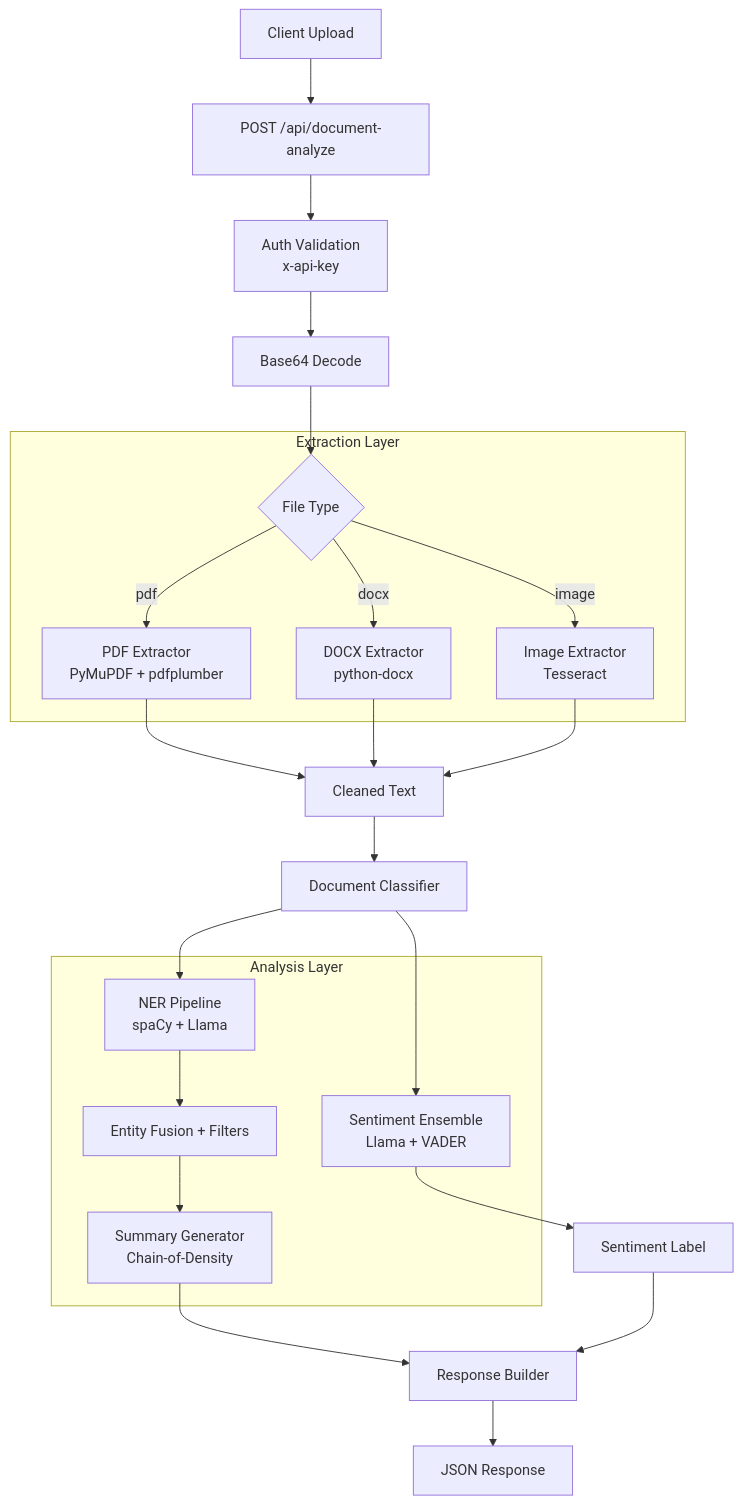
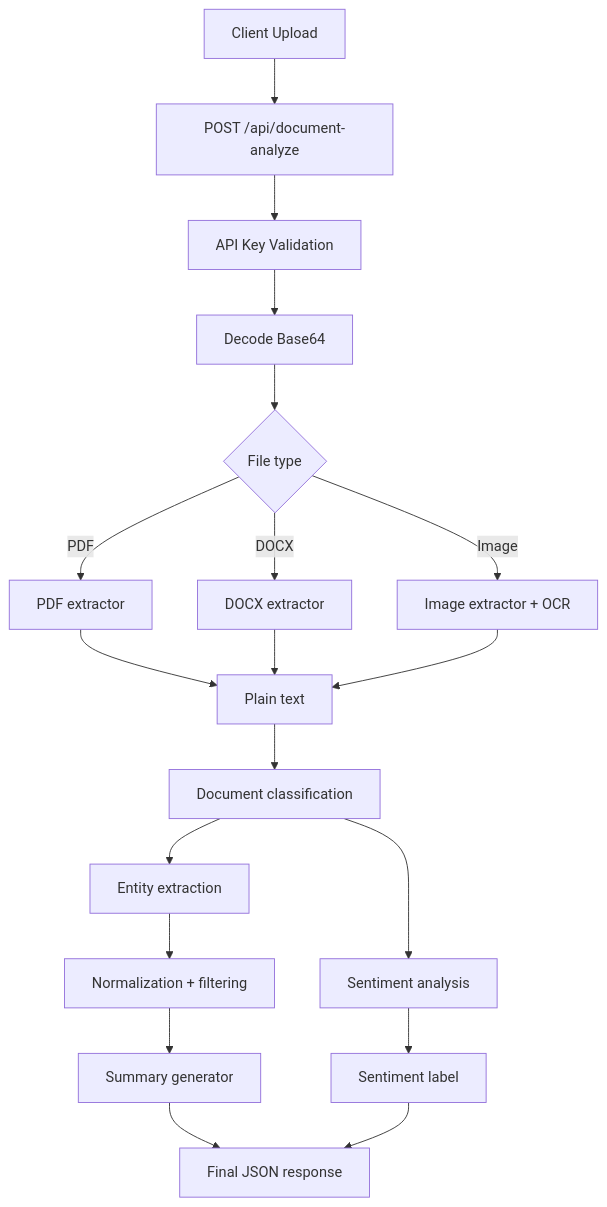
One commit to Akshat1345/document-analyzer changed the diagram in README.md. Above: the diagram before and after it, drawn with Mermaid. The commit also changed other lines of this file and 5 other files, not shown here.

Commit message:
feat: generic document extraction and polished README

````diff
--- a/README.md
+++ b/README.md
@@ -72,40 +50,21 @@
 ```mermaid
 flowchart TD
   A[Client Upload] --> B[POST /api/document-analyze]
-  B --> C[Auth Validation<br/>x-api-key]
-  C --> D[Base64 Decode]
-
-  subgraph X[Extraction Layer]
-    E{File Type}
-    F[PDF Extractor<br/>PyMuPDF + pdfplumber]
-    G[DOCX Extractor<br/>python-docx]
-    H[Image Extractor<br/>Tesseract]
-    E -->|pdf| F
-    E -->|docx| G
-    E -->|image| H
-  end
-
-  D --> E
-  F --> I[Cleaned Text]
+  B --> C[API Key Validation]
+  C --> D[Decode Base64]
+  D --> E{File type}
+  E -->|PDF| F[PDF extractor]
+  E -->|DOCX| G[DOCX extractor]
+  E -->|Image| H[Image extractor + OCR]
+  F --> I[Plain text]
   G --> I
   H --> I
-
-  I --> J[Document Classifier]
-
-  subgraph Y[Analysis Layer]
-    K[NER Pipeline<br/>spaCy + Llama]
-    L[Sentiment Ensemble<br/>Llama + VADER]
-    M[Entity Fusion + Filters]
-    N[Summary Generator<br/>Chain-of-Density]
-  end
-
-  J --> K
-  J --> L
-  K --> M
-  M --> N
-  L --> O[Sentiment Label]
-
-  N --> P[Response Builder]
+  I --> J[Document classification]
+  J --> K[Entity extraction]
+  J --> L[Sentiment analysis]
+  K --> M[Normalization + filtering]
+  M --> N[Summary generator]
+  L --> O[Sentiment label]
+  N --> P[Final JSON response]
   O --> P
-  P --> Q[JSON Response]
 ```
````
